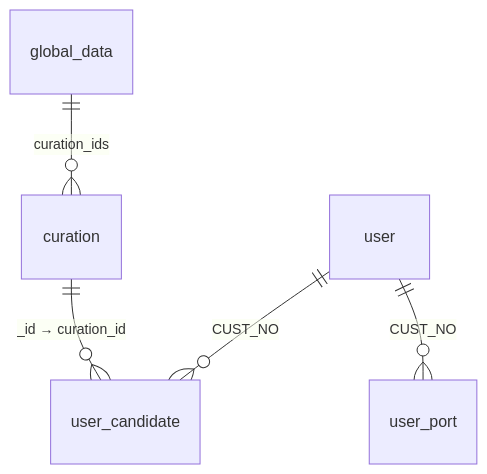
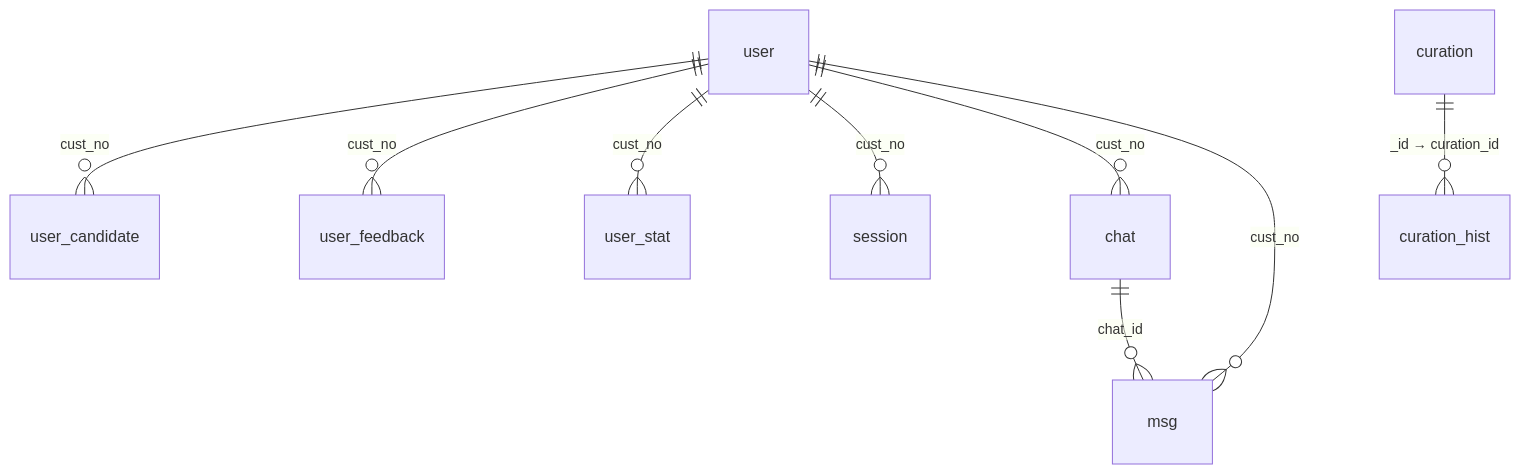
One commit to h-albert-lee/SimpleRS changed the diagram in mongodb_erd.md. Above: the diagram before and after it, drawn with Mermaid. The commit also changed other lines of this file and 1 other file, not shown here.

Commit message:
update erd

````diff
--- a/mongodb_erd.md
+++ b/mongodb_erd.md
@@ -81,7 +183,11 @@
 ```mermaid
 erDiagram
-    user ||--o{ user_candidate : "CUST_NO"
-    user ||--o{ user_port : "CUST_NO"
-    curation ||--o{ user_candidate : "_id → curation_id"
-    global_data ||--o{ curation : "curation_ids"
+    user ||--o{ user_candidate : "cust_no"
+    user ||--o{ user_feedback : "cust_no"
+    user ||--o{ user_stat : "cust_no"
+    user ||--o{ session : "cust_no"
+    user ||--o{ chat : "cust_no"
+    user ||--o{ msg : "cust_no"
+    chat ||--o{ msg : "chat_id"
+    curation ||--o{ curation_hist : "_id → curation_id"
 ```
````
